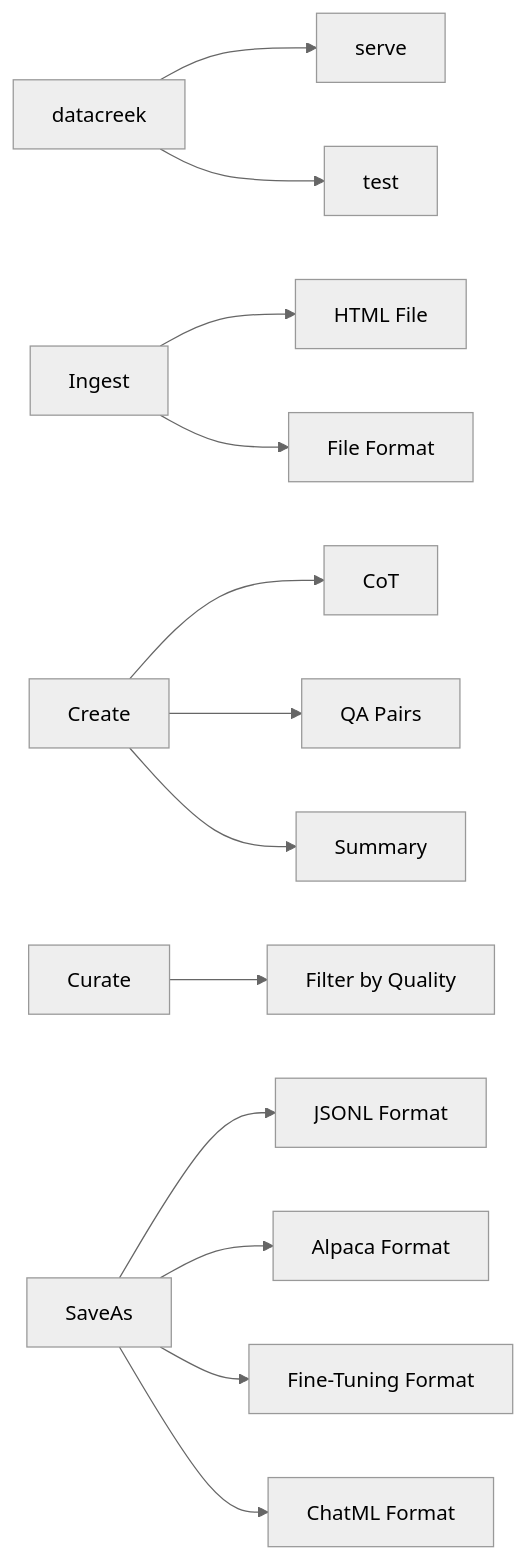
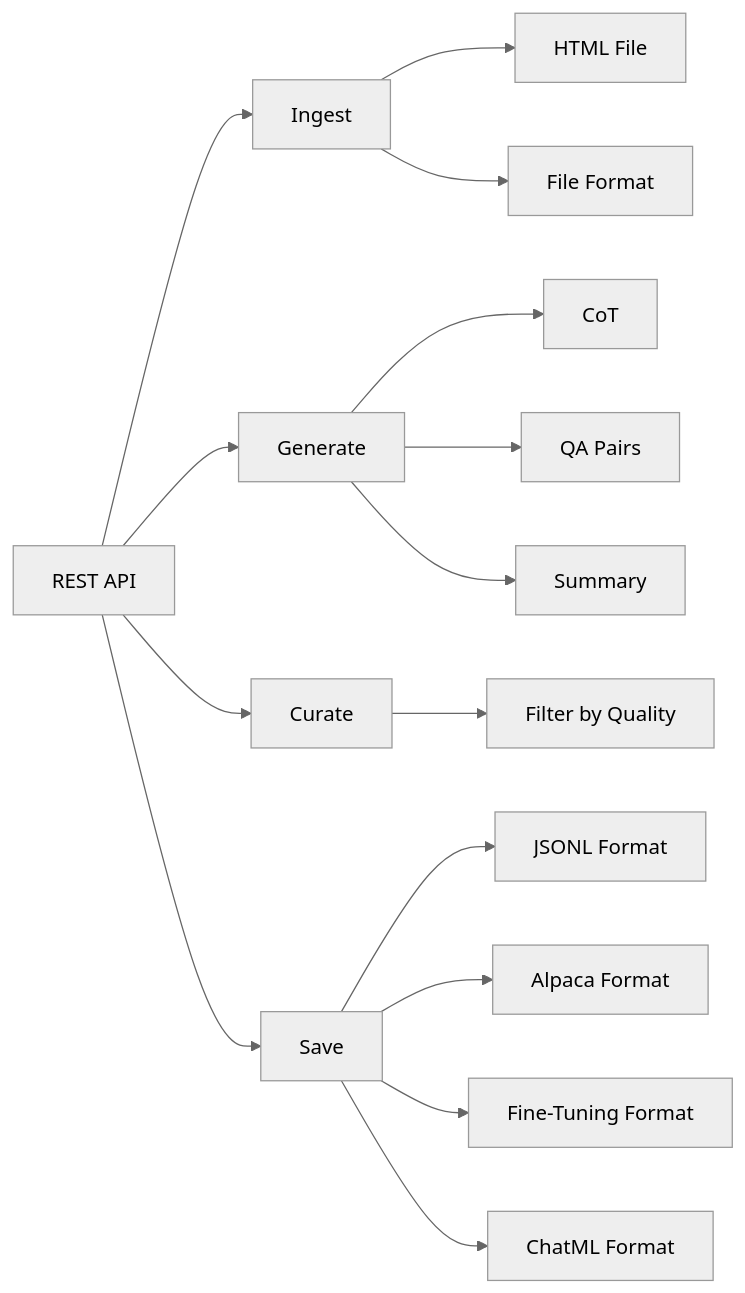
Before and after one commit to AvacynLab/datacreek: the diagram in README.md, drawn with Mermaid (neutral theme). The commit also changed other lines of this file and 5 other files, not shown here.

````diff
--- a/README.md
+++ b/README.md
@@ -210,19 +202,20 @@
 ```mermaid
 graph LR
-    SDK[datacreek] --> Serve[serve]
-    SDK --> Test[test]
+    API[REST API] --> Ingest
+    API --> Generate
+    API --> Curate
+    API --> Save
     Ingest --> HTMLFile[HTML File]
     Ingest --> YouTubeURL[File Format]
 
-    
-    Create --> CoT[CoT]
-    Create --> QA[QA Pairs]
-    Create --> Summary[Summary]
-    
+    Generate --> CoT[CoT]
+    Generate --> QA[QA Pairs]
+    Generate --> Summary[Summary]
+
     Curate --> Filter[Filter by Quality]
-    
-    SaveAs --> JSONL[JSONL Format]
-    SaveAs --> Alpaca[Alpaca Format]
-    SaveAs --> FT[Fine-Tuning Format]
-    SaveAs --> ChatML[ChatML Format]
+
+    Save --> JSONL[JSONL Format]
+    Save --> Alpaca[Alpaca Format]
+    Save --> FT[Fine-Tuning Format]
+    Save --> ChatML[ChatML Format]
 ```
````
